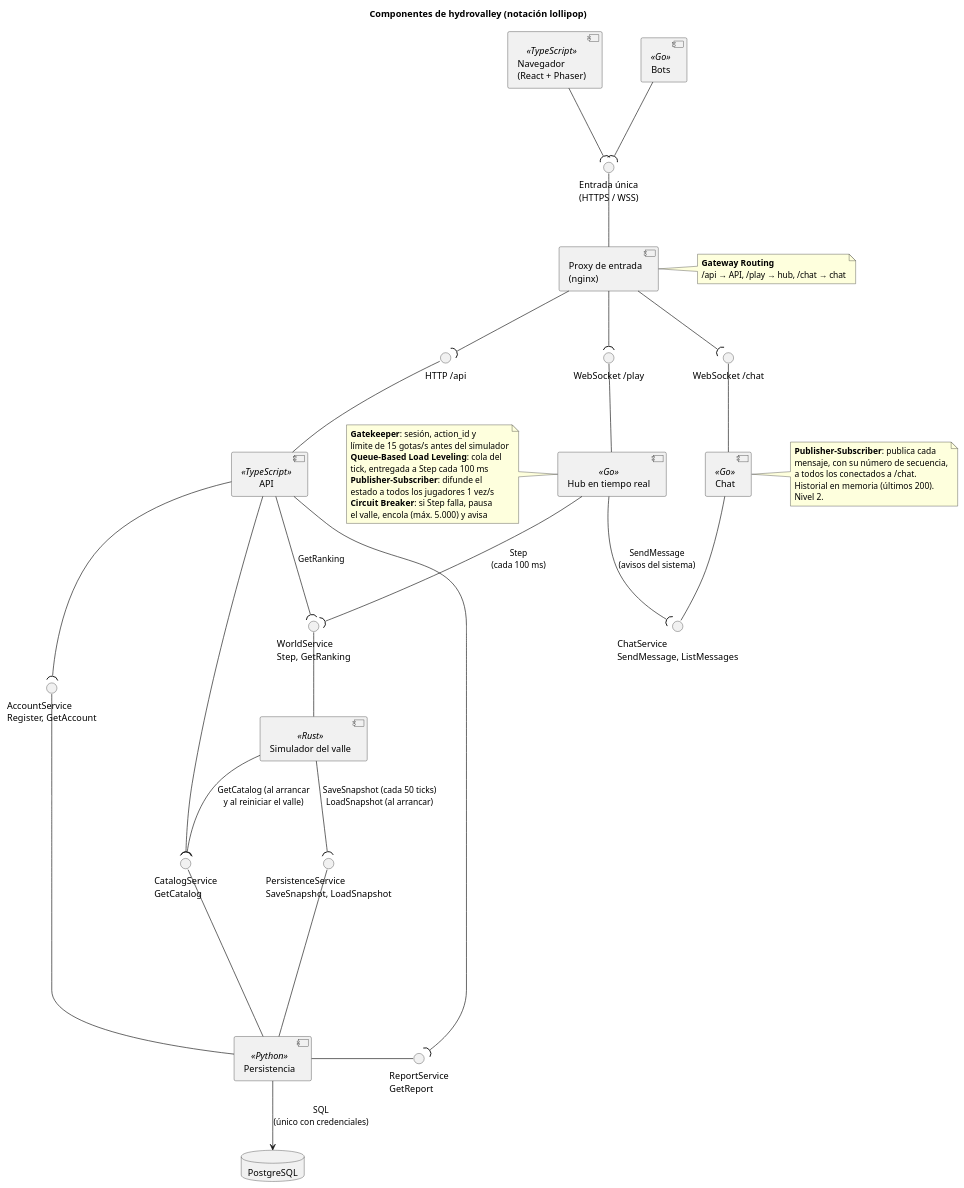
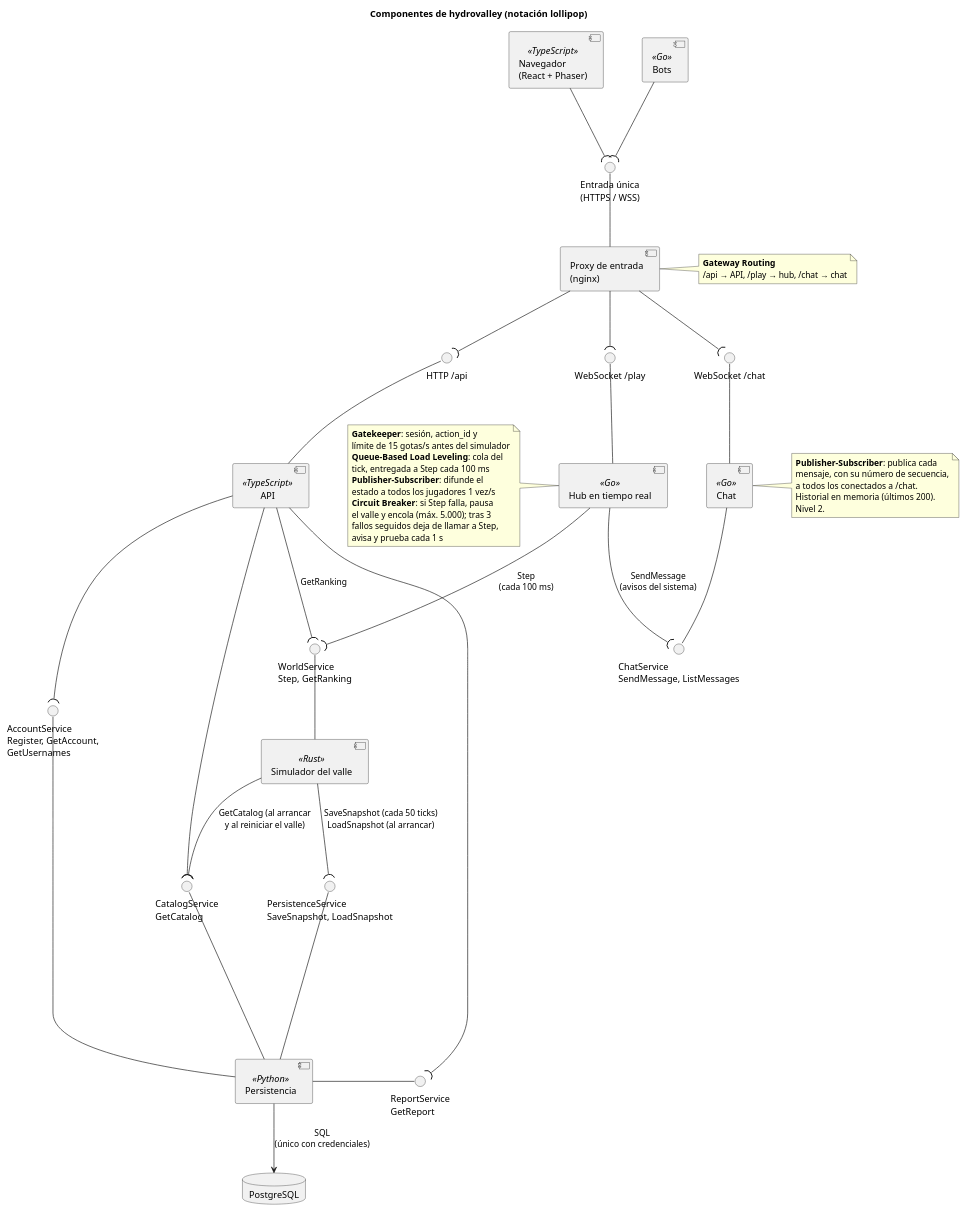
The diagram in docs/diagrams/02-componentes.puml (iadev2005/hydrovalley), drawn with PlantUML before and after one commit. The commit also changed 16 other files, not shown here.

```diff
--- a/docs/diagrams/02-componentes.puml
+++ b/docs/diagrams/02-componentes.puml
@@ -1,99 +1,101 @@
 @startuml 02-componentes
 title Componentes de hydrovalley (notación lollipop)
 top to bottom direction
 skinparam componentStyle uml2
 skinparam nodesep 60
 skinparam ranksep 70
 
 ' --- Clientes ---
 component "Navegador\n(React + Phaser)" as Browser <<TypeScript>>
 component "Bots" as Bots <<Go>>
 
 ' --- Borde: HTTP y WebSocket ---
 component "Proxy de entrada\n(nginx)" as Proxy
 () "Entrada única\n(HTTPS / WSS)" as I_Entry
 
 component "API" as Api <<TypeScript>>
 component "Hub en tiempo real" as Hub <<Go>>
 component "Chat" as Chat <<Go>>
 () "HTTP /api" as I_Api
 () "WebSocket /play" as I_Play
 () "WebSocket /chat" as I_Chat
 
 ' --- Interior: gRPC (pregunta y respuesta, sin streams) ---
 component "Simulador del valle" as World <<Rust>>
 component "Persistencia" as Persistence <<Python>>
 database "PostgreSQL" as Db
 () "WorldService\nStep, GetRanking" as I_World
 () "ChatService\nSendMessage, ListMessages" as I_ChatSvc
 () "PersistenceService\nSaveSnapshot, LoadSnapshot" as I_Persistence
-() "AccountService\nRegister, GetAccount" as I_Account
+() "AccountService\nRegister, GetAccount,\nGetUsernames" as I_Account
 () "CatalogService\nGetCatalog" as I_Catalog
 () "ReportService\nGetReport" as I_Report
 
 ' Entrada
 Proxy -up- I_Entry
 Browser -down-( I_Entry
 Bots -down-( I_Entry
 
 ' Borde hacia los servicios
 Api -up- I_Api
 Hub -up- I_Play
 Chat -up- I_Chat
 Proxy -down-( I_Api
 Proxy -down-( I_Play
 Proxy -down-( I_Chat
 
 ' Chat por gRPC
 Chat -down- I_ChatSvc
 Hub -right-( I_ChatSvc : SendMessage\n(avisos del sistema)
 
 ' Simulador
 World -up- I_World
 Hub -down-( I_World : Step\n(cada 100 ms)
 Api -down-( I_World : GetRanking
 
 ' Persistencia
 Persistence -up--- I_Persistence
 Persistence -left- I_Account
 Persistence -up- I_Catalog
 Persistence -right- I_Report
 World -down-( I_Persistence : SaveSnapshot (cada 50 ticks)\nLoadSnapshot (al arrancar)
 World -down-( I_Catalog : GetCatalog (al arrancar\ny al reiniciar el valle)
 Api -down-( I_Account
 Api -down-( I_Catalog
 Api -down-( I_Report
 
 Persistence -down-> Db : SQL\n(único con credenciales)
 
 ' Orden horizontal dentro de cada fila
 Browser -[hidden]right- Bots
 Api -[hidden]right- Hub
 Hub -[hidden]right- Chat
 
 ' --- Patrones de la nube ---
 note right of Proxy
   <b>Gateway Routing</b>
   /api → API, /play → hub, /chat → chat
 end note
 
 note left of Hub
   <b>Gatekeeper</b>: sesión, action_id y
   límite de 15 gotas/s antes del simulador
   <b>Queue-Based Load Leveling</b>: cola del
   tick, entregada a Step cada 100 ms
   <b>Publisher-Subscriber</b>: difunde el
   estado a todos los jugadores 1 vez/s
   <b>Circuit Breaker</b>: si Step falla, pausa
-  el valle, encola (máx. 5.000) y avisa
+  el valle y encola (máx. 5.000); tras 3
+  fallos seguidos deja de llamar a Step,
+  avisa y prueba cada 1 s
 end note
 
 note right of Chat
   <b>Publisher-Subscriber</b>: publica cada
   mensaje, con su número de secuencia,
   a todos los conectados a /chat.
   Historial en memoria (últimos 200).
   Nivel 2.
 end note
 
 @enduml
```
